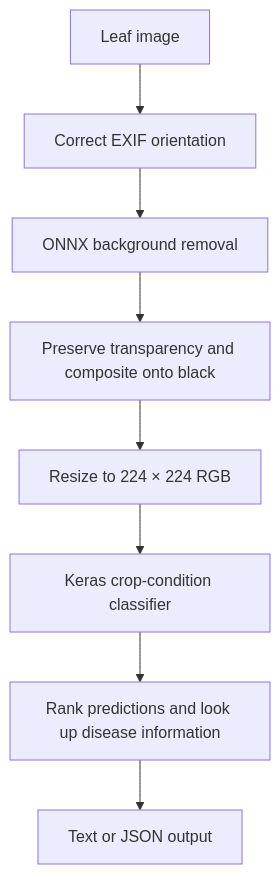
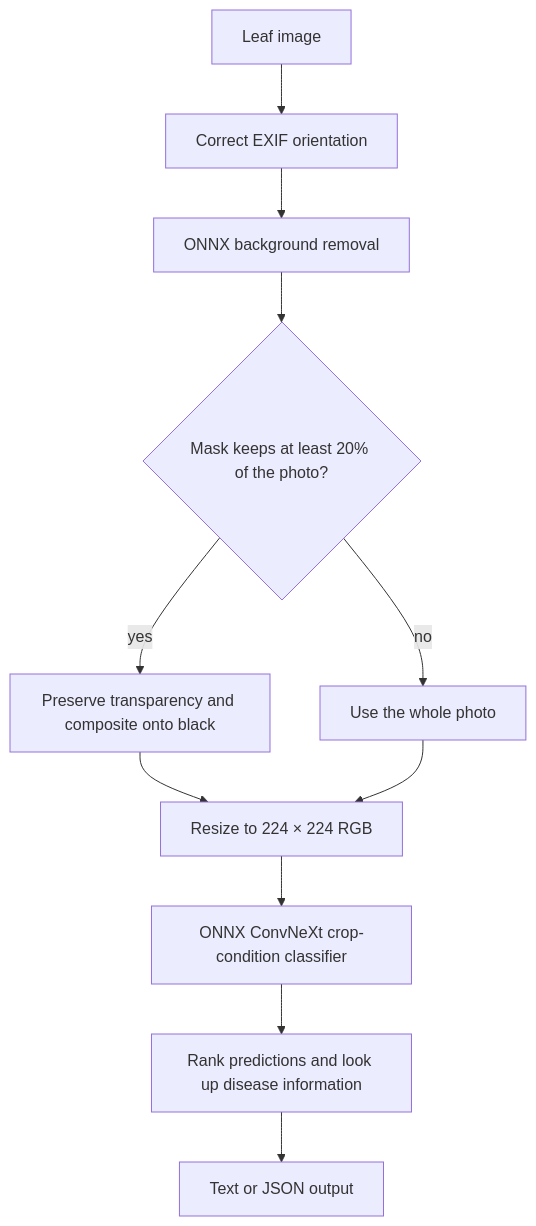
One commit to rasagyavatsal/CropCheckUp changed the diagram in README.md. Above: the diagram before and after it, drawn with Mermaid. The commit also changed other lines of this file, not shown here.

First line of the commit message:
docs: describe the ConvNeXt ONNX model and how to get it in README

````diff
--- a/README.md
+++ b/README.md
@@ -34,10 +36,13 @@
 ```mermaid
 flowchart TD
     A[Leaf image] --> B[Correct EXIF orientation]
     B --> C[ONNX background removal]
-    C --> D[Preserve transparency and composite onto black]
-    D --> E[Resize to 224 × 224 RGB]
-    E --> F[Keras crop-condition classifier]
-    F --> G[Rank predictions and look up disease information]
-    G --> H[Text or JSON output]
+    C --> D{Mask keeps at least 20% of the photo?}
+    D -- yes --> E[Preserve transparency and composite onto black]
+    D -- no --> F[Use the whole photo]
+    E --> G[Resize to 224 × 224 RGB]
+    F --> G
+    G --> H[ONNX ConvNeXt crop-condition classifier]
+    H --> I[Rank predictions and look up disease information]
+    I --> J[Text or JSON output]
 ```
````
